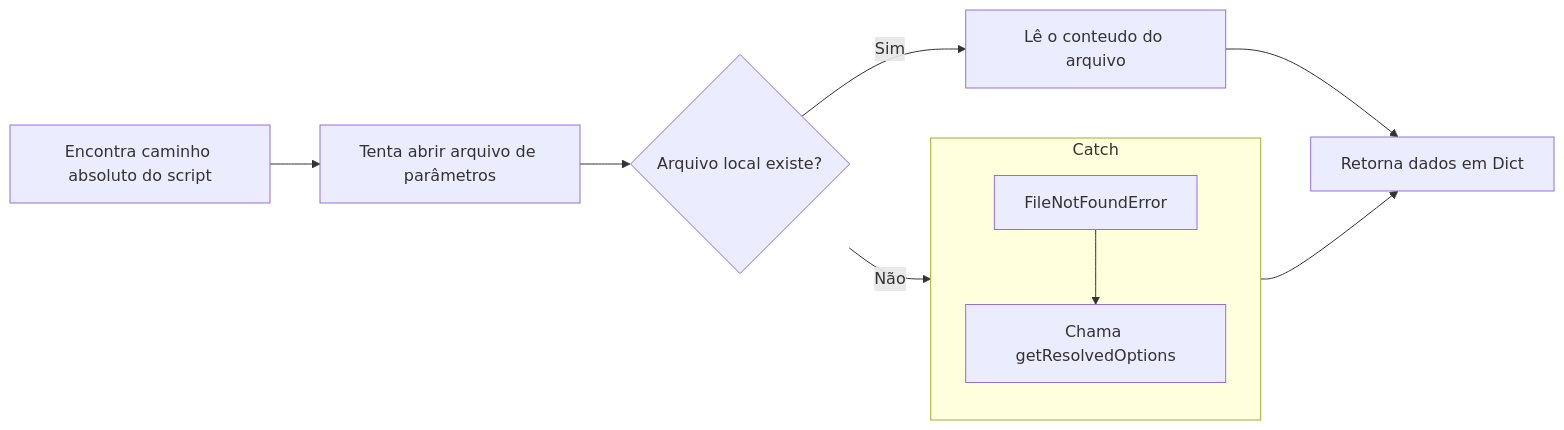
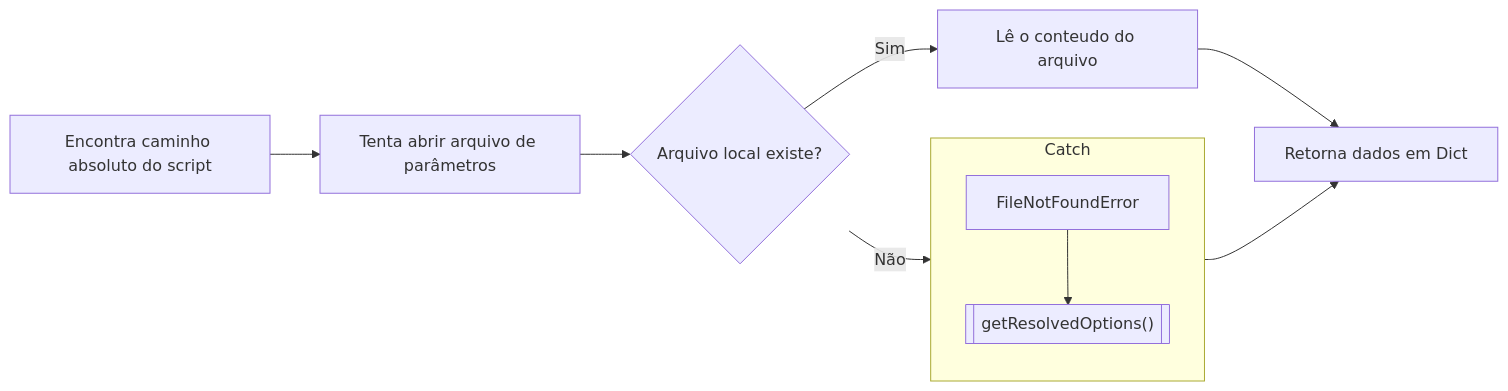
Before and after one commit to GustavCampos/Programa-de-bolsas-Compasso: the first of 4 diagrams in Sprint 8/Desafios/README.md, drawn with Mermaid. The commit also changed other lines of this file and 1 other file, not shown here.

Commit message:
Documentation Update: createTrustedDataLocal flow completed

````diff
--- a/Sprint 8/Desafios/README.md
+++ b/Sprint 8/Desafios/README.md
@@ -51,20 +51,20 @@
 ```mermaid
 flowchart LR
     script_local["Encontra caminho absoluto do script"]
     open_file[Tenta abrir arquivo de parâmetros]
     file_exists{Arquivo local existe?}
     read_json[Lê o conteudo do arquivo]
 
 
     subgraph Catch
-        error[FileNotFoundError] --> call[Chama getResolvedOptions]
+        error[FileNotFoundError] --> call[["getResolvedOptions()"]]
     end
     
     script_local --> open_file
     open_file --> file_exists
     file_exists -- Sim --> read_json
     file_exists -- Não --> Catch
     
     read_json --> return_dict[Retorna dados em Dict]
     Catch --> return_dict
 ```
````
